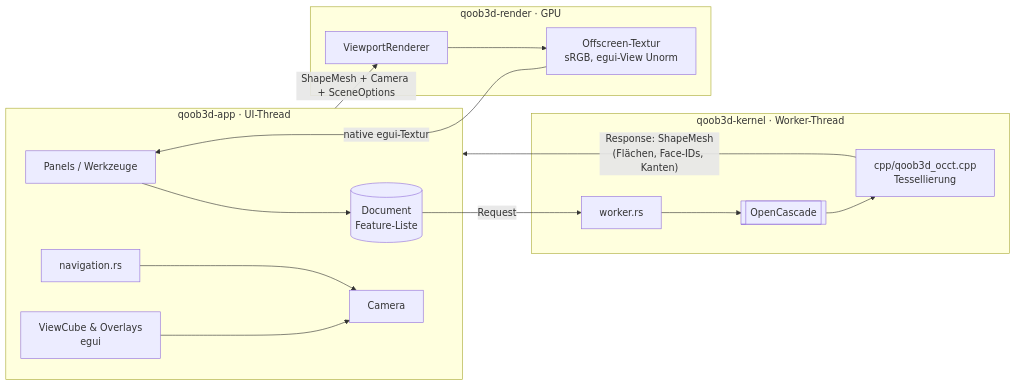
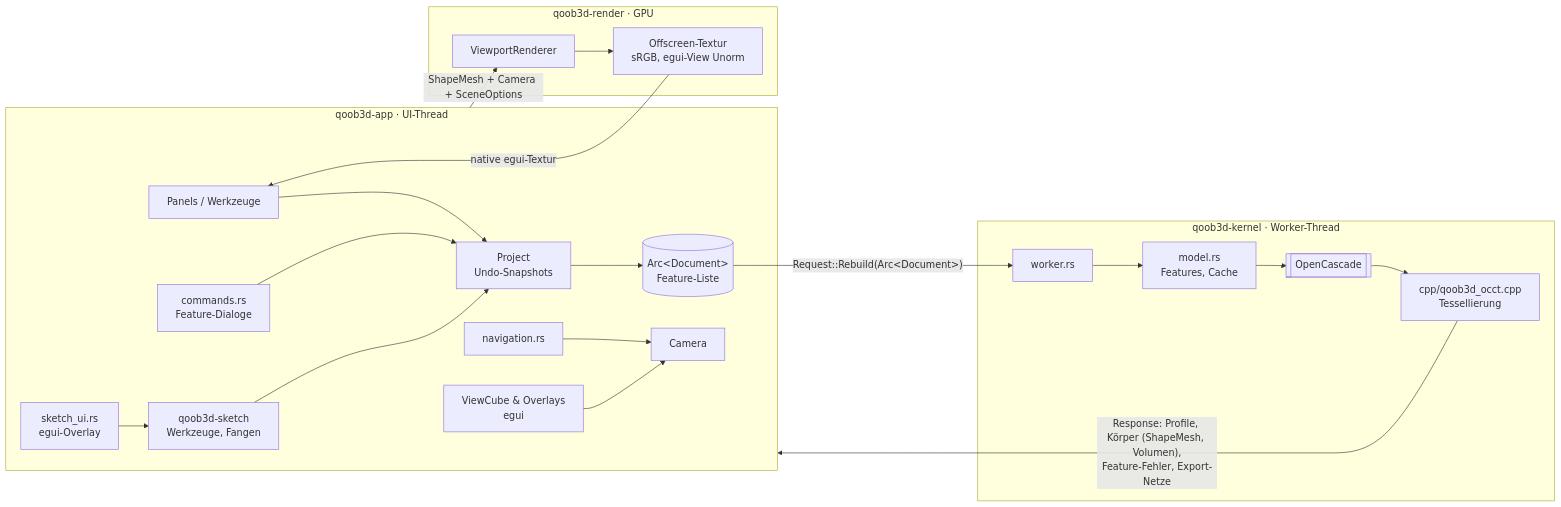
Before and after one commit to COQOON-labs/qoob3d: the first of 2 diagrams in docs/architecture.md, drawn with Mermaid. The commit also changed other lines of this file and 108 other files, not shown here.

````diff
--- a/docs/architecture.md
+++ b/docs/architecture.md
@@ -8,19 +8,24 @@
 ```mermaid
 flowchart LR
     subgraph app[qoob3d-app · UI-Thread]
-        UI[Panels / Werkzeuge] --> DOC[(Document<br/>Feature-Liste)]
+        UI[Panels / Werkzeuge] --> PRJ[Project<br/>Undo-Snapshots]
+        CMD[commands.rs<br/>Feature-Dialoge] --> PRJ
+        SK[sketch_ui.rs<br/>egui-Overlay] --> SKL[qoob3d-sketch<br/>Werkzeuge, Fangen]
+        SKL --> PRJ
+        PRJ --> DOC[(Arc&lt;Document&gt;<br/>Feature-Liste)]
         NAV[navigation.rs] --> CAM[Camera]
         VC[ViewCube & Overlays<br/>egui] --> CAM
     end
     subgraph kernel[qoob3d-kernel · Worker-Thread]
-        W[worker.rs] --> OCCT[[OpenCascade]]
+        W[worker.rs] --> M[model.rs<br/>Features, Cache]
+        M --> OCCT[[OpenCascade]]
         OCCT --> CPP[cpp/qoob3d_occt.cpp<br/>Tessellierung]
     end
     subgraph render[qoob3d-render · GPU]
         R[ViewportRenderer] --> TEX[Offscreen-Textur<br/>sRGB, egui-View Unorm]
     end
-    DOC -- "Request" --> W
-    CPP -- "Response: ShapeMesh<br/>(Flächen, Face-IDs, Kanten)" --> app
+    DOC -- "Request::Rebuild(Arc&lt;Document&gt;)" --> W
+    CPP -- "Response: Profile, Körper (ShapeMesh, Volumen),<br/>Feature-Fehler, Export-Netze" --> app
     app -- "ShapeMesh + Camera + SceneOptions" --> R
     TEX -- "native egui-Textur" --> UI
 ```
````
